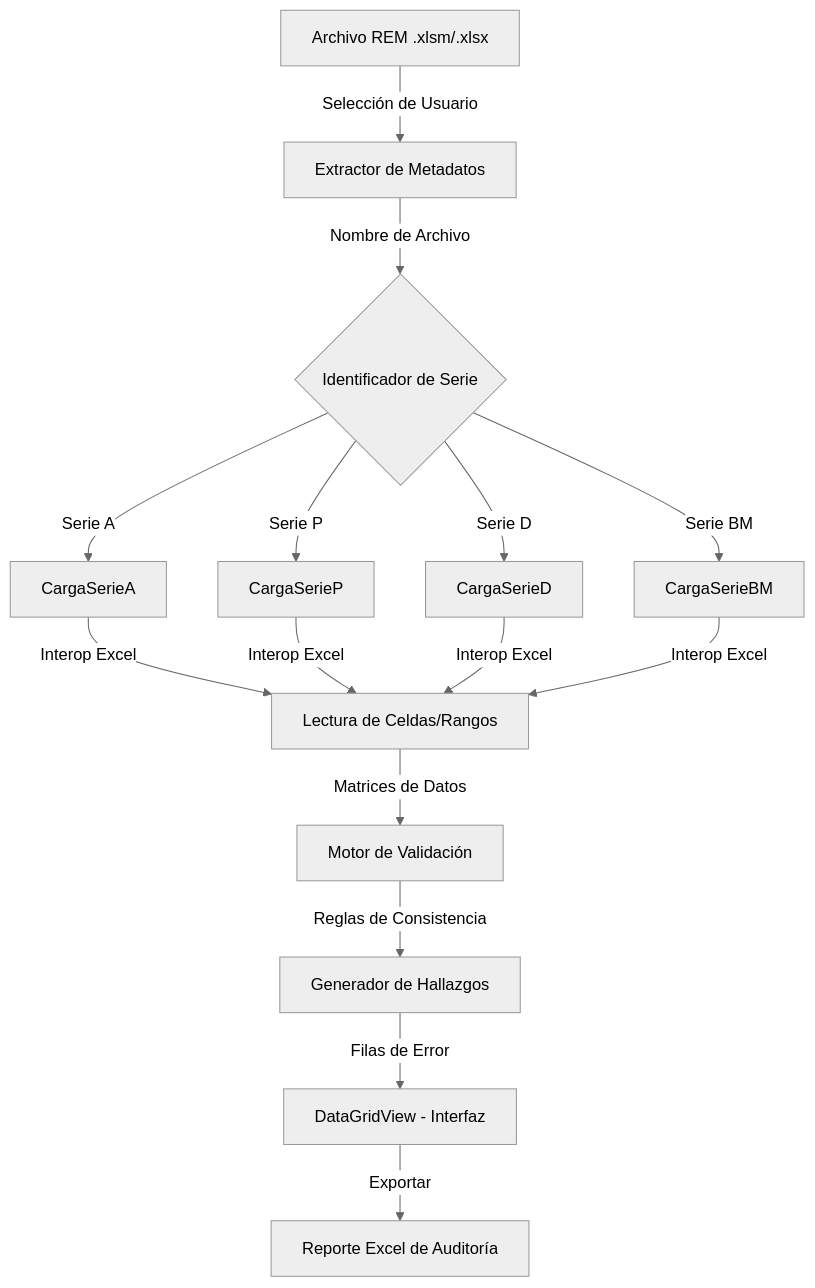
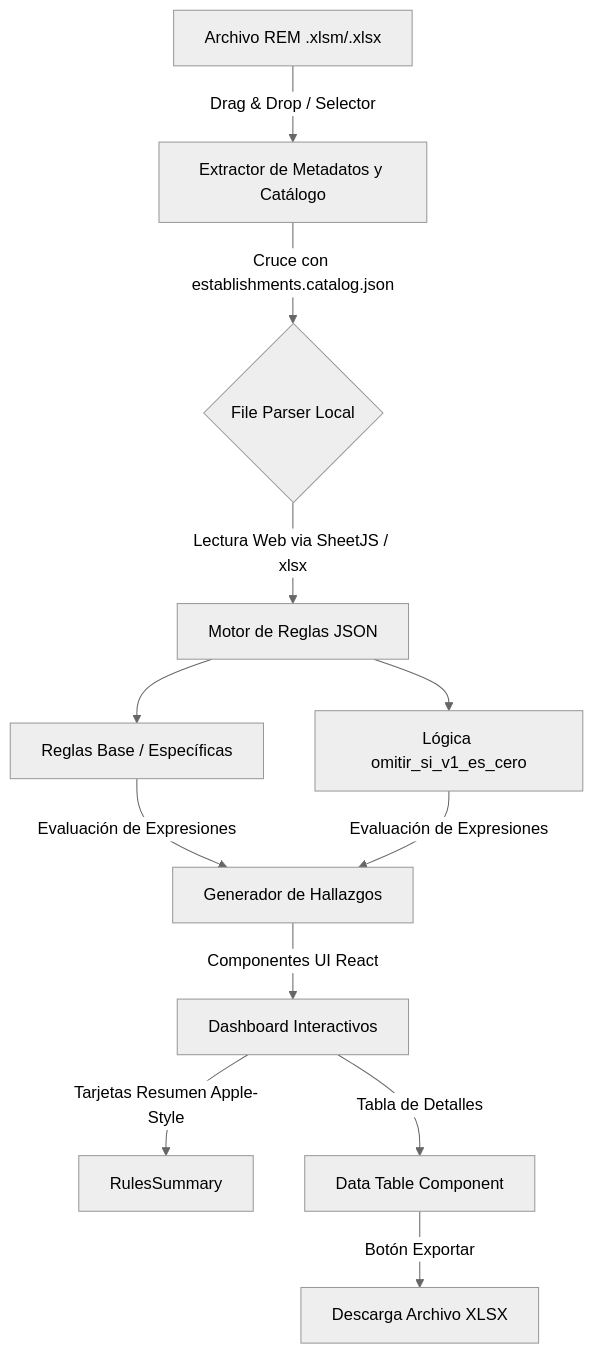
One commit to rogarces85/validador-deis-sso changed the diagram in flujo_datos.md. Above: the diagram before and after it, drawn with Mermaid (neutral theme). The commit also changed other lines of this file and 1 other file, not shown here.

````diff
--- a/flujo_datos.md
+++ b/flujo_datos.md
@@ -7,15 +7,16 @@
 ```mermaid
 graph TD
-    A[Archivo REM .xlsm/.xlsx] -->|Selección de Usuario| B[Extractor de Metadatos]
-    B -->|Nombre de Archivo| C{Identificador de Serie}
-    C -->|Serie A| D[CargaSerieA]
-    C -->|Serie P| E[CargaSerieP]
-    C -->|Serie D| F[CargaSerieD]
-    C -->|Serie BM| G[CargaSerieBM]
+    A[Archivo REM .xlsm/.xlsx] -->|Drag & Drop / Selector| B[Extractor de Metadatos y Catálogo]
+    B -->|Cruce con establishments.catalog.json| C{File Parser Local}
+    C -->|Lectura Web via SheetJS / xlsx| D[Motor de Reglas JSON]
     
-    D & E & F & G -->|Interop Excel| H[Lectura de Celdas/Rangos]
-    H -->|Matrices de Datos| I[Motor de Validación]
-    I -->|Reglas de Consistencia| J[Generador de Hallazgos]
-    J -->|Filas de Error| K[DataGridView - Interfaz]
-    K -->|Exportar| L[Reporte Excel de Auditoría]
+    D --> E[Reglas Base / Específicas]
+    D --> F[Lógica omitir_si_v1_es_cero]
+    
+    E & F -->|Evaluación de Expresiones| G[Generador de Hallazgos]
+    G -->|Componentes UI React| H[Dashboard Interactivos]
+    H -->|Tarjetas Resumen Apple-Style| I[RulesSummary]
+    H -->|Tabla de Detalles| J[Data Table Component]
+    
+    J -->|Botón Exportar| K[Descarga Archivo XLSX]
 ```
````
